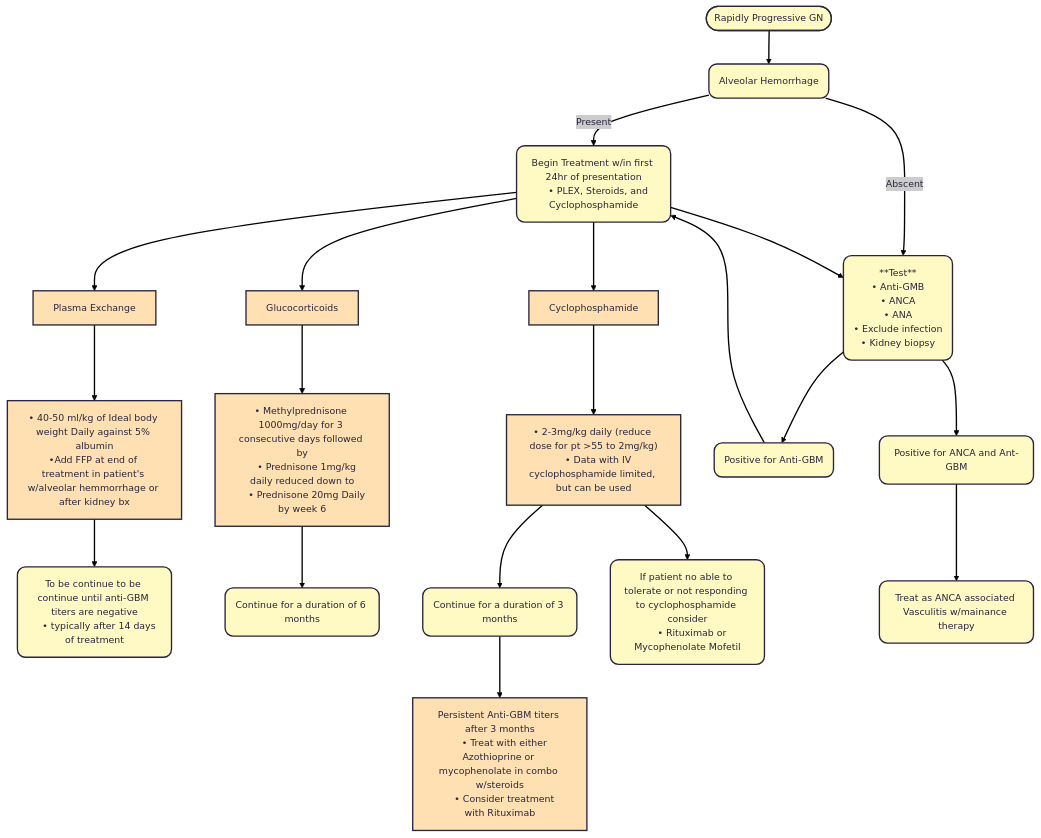
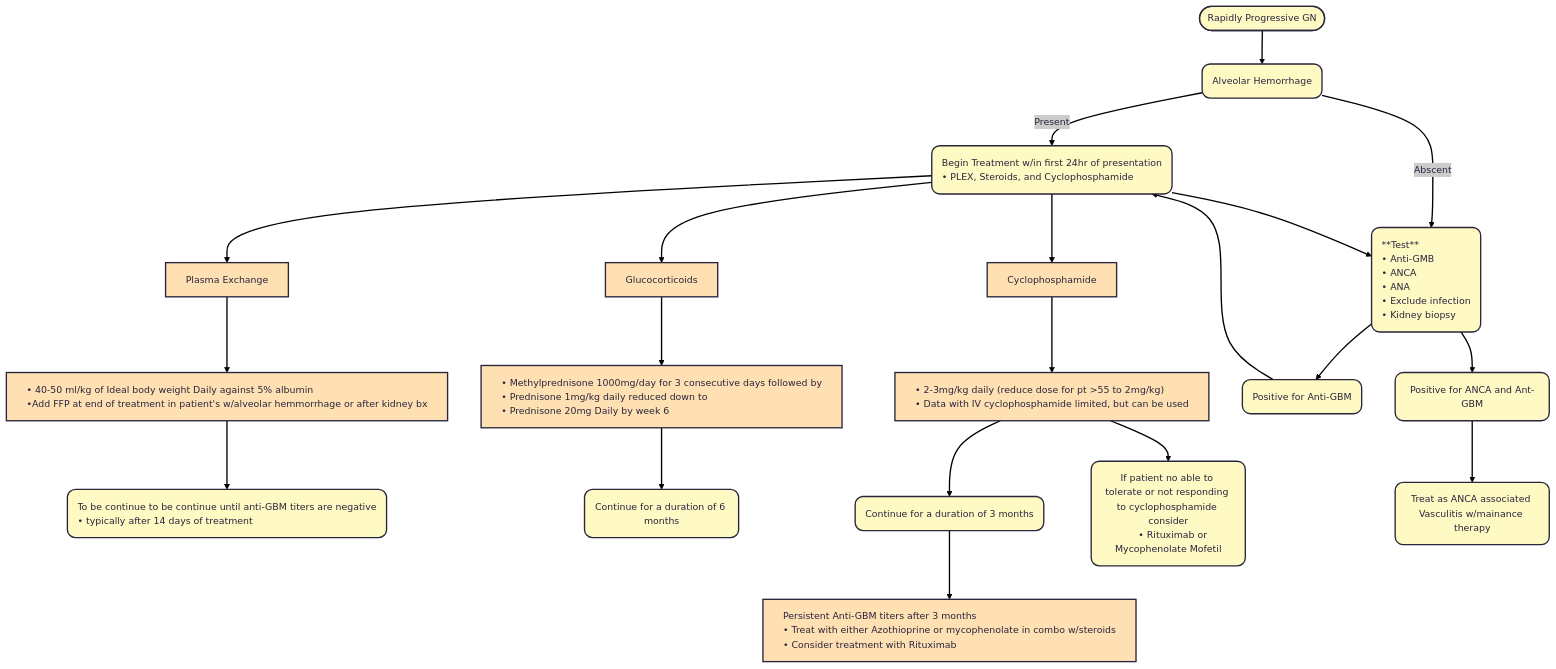
The diagram in docs/Anti-GBM.md (TTUNEPH2025/GN), drawn with Mermaid before and after one commit. The commit also changed other lines of this file, not shown here.

````diff
--- a/docs/Anti-GBM.md
+++ b/docs/Anti-GBM.md
@@ -37,63 +37,63 @@
 ```mermaid
 ---
 config:
   theme: redux
 ---
 flowchart TD
     A(["Rapidly Progressive GN"]) --> n2["Alveolar Hemorrhage"]
     n2 -- Present --> n3["Begin Treatment w/in first 24hr of presentation
     • PLEX, Steroids, and Cyclophosphamide"]
     n2 -- Abscent --> n4["**Test**
     • Anti-GMB 
     • ANCA
     • ANA
     • Exclude infection
     • Kidney biopsy"]
     n3 --> n5["Plasma Exchange"] & n6["Glucocorticoids"] & n7["Cyclophosphamide"] & n4
     n5 --> n8@{ label: "• 40-50 ml/kg of Ideal body weight Daily against 5% albumin\n    •Add FFP at end of treatment in patient's w/alveolar hemmorrhage or after kidney bx" }
     n6 --> n9["• Methylprednisone 1000mg/day for 3 consecutive days followed by
     • Prednisone 1mg/kg daily reduced down to
     • Prednisone 20mg Daily by week 6"]
     n7 --> n10["• 2-3mg/kg daily (reduce dose for pt >55 to 2mg/kg)
     • Data with IV cyclophosphamide limited, but can be used"]
     n8 --> n11["To be continue to be continue until anti-GBM titers are negative
     • typically after 14 days of treatment"]
     n9 --> n12["Continue for a duration of 6 months"]
     n10 --> n13["Continue for a duration of 3 months"] & n14["If patient no able to tolerate or not responding to cyclophosphamide consider
     • Rituximab or Mycophenolate Mofetil"]
     n13 --> n15["Persistent Anti-GBM titers after 3 months
     • Treat with either Azothioprine or mycophenolate in combo w/steroids
     • Consider treatment with Rituximab"]
     n4 --> n16["Positive for Anti-GBM"] & n17["Positive for ANCA and Ant-GBM"]
     n16 --> n3
     n17 --> n18["Treat as ANCA associated Vasculitis w/mainance therapy"]
     n2@{ shape: rounded}
     n3@{ shape: rounded}
     n4@{ shape: rounded}
     n8@{ shape: rect}
     n11@{ shape: rounded}
     n12@{ shape: rounded}
     n13@{ shape: rounded}
     n14@{ shape: rounded}
     n16@{ shape: rounded}
     n17@{ shape: rounded}
     n18@{ shape: rounded}
     style A fill:#FFF9C4
     style n2 fill:#FFF9C4
-    style n3 fill:#FFF9C4
-    style n4 fill:#FFF9C4
+    style n3 fill:#FFF9C4,text-align:left,white-space:nowrap
+    style n4 fill:#FFF9C4,text-align:left,white-space:nowrap
     style n5 fill:#FFE0B2
     style n6 fill:#FFE0B2
     style n7 fill:#FFE0B2
-    style n8 fill:#FFE0B2
-    style n9 fill:#FFE0B2
-    style n10 fill:#FFE0B2
-    style n11 fill:#FFF9C4
+    style n8 fill:#FFE0B2,text-align:left,white-space:nowrap
+    style n9 fill:#FFE0B2,text-align:left,white-space:nowrap
+    style n10 fill:#FFE0B2,text-align:left,white-space:nowrap
+    style n11 fill:#FFF9C4,text-align:left,white-space:nowrap
     style n12 fill:#FFF9C4
-    style n13 fill:#FFF9C4
+    style n13 fill:#FFF9C4,text-align:left,white-space:nowrap
     style n14 fill:#FFF9C4
-    style n15 fill:#FFE0B2
+    style n15 fill:#FFE0B2,text-align:left,white-space:nowrap
     style n16 fill:#FFF9C4
     style n17 fill:#FFF9C4
     style n18 fill:#FFF9C4
 ```
````
